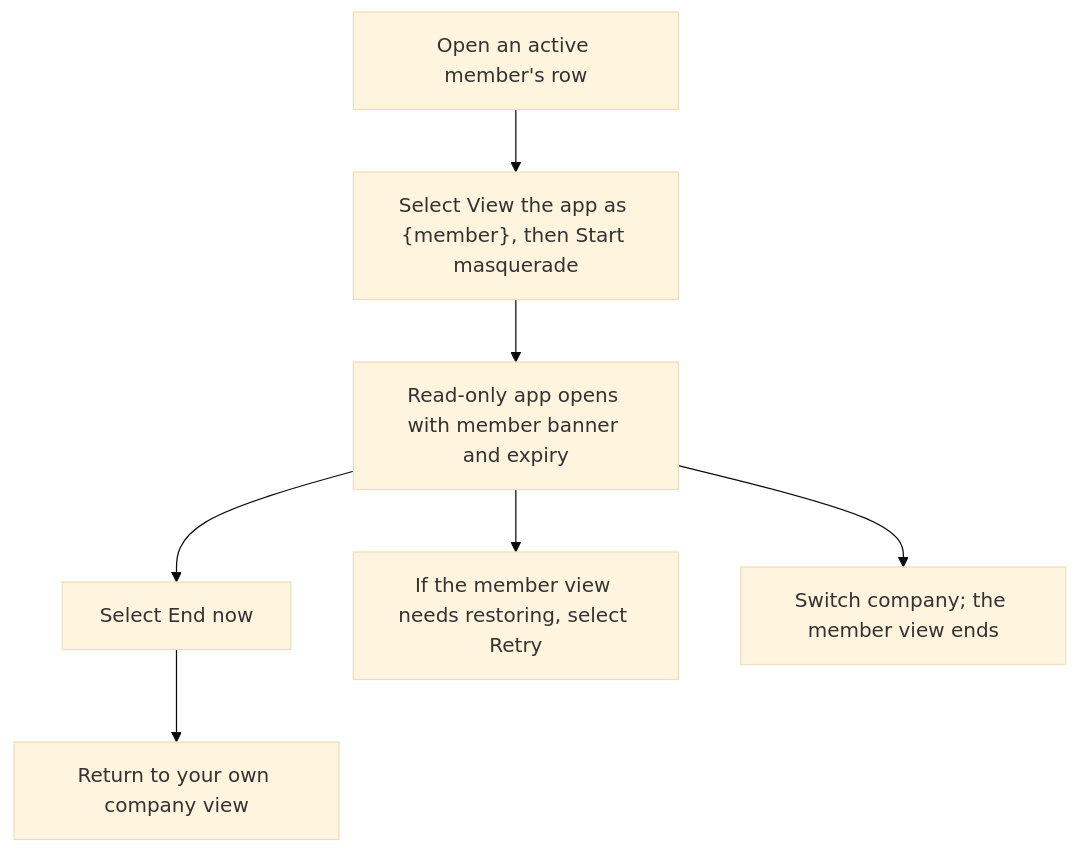
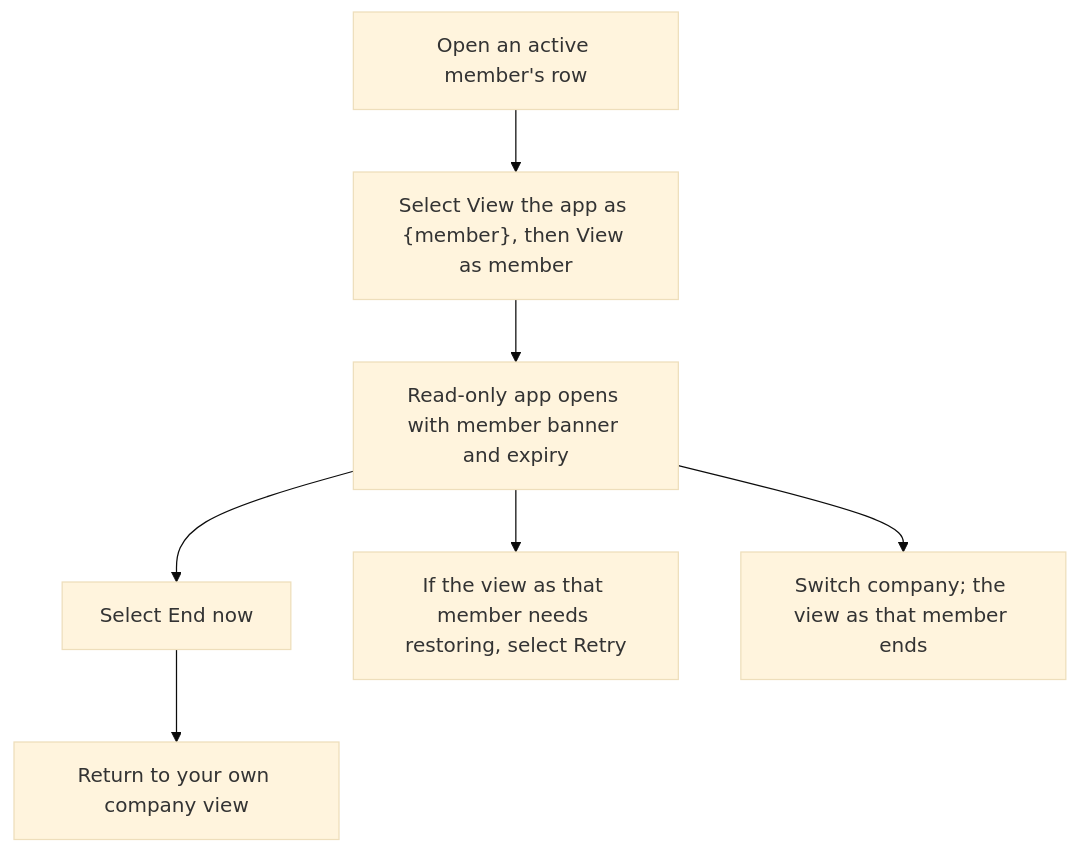
The first of 2 diagrams in user-stories/team/US-TEAM-08-view-as-member.md (Kevinjohn/capacitylens), drawn with Mermaid (base theme) before and after one commit. The commit also changed other lines of this file and 7 other files, not shown here.

First line of the commit message:
Masquerade in user-facing docs: say view as member

````diff
--- a/user-stories/team/US-TEAM-08-view-as-member.md
+++ b/user-stories/team/US-TEAM-08-view-as-member.md
@@ -20,9 +20,9 @@
 ```mermaid
 flowchart TD
-    Row["Open an active member's row"] --> Confirm["Select View the app as {member}, then Start masquerade"]
+    Row["Open an active member's row"] --> Confirm["Select View the app as {member}, then View as member"]
     Confirm --> View["Read-only app opens with member banner and expiry"]
     View --> End["Select End now"]
     End --> Own["Return to your own company view"]
-    View --> Retry["If the member view needs restoring, select Retry"]
-    View --> Switch["Switch company; the member view ends"]
+    View --> Retry["If the view as that member needs restoring, select Retry"]
+    View --> Switch["Switch company; the view as that member ends"]
 ```
````
